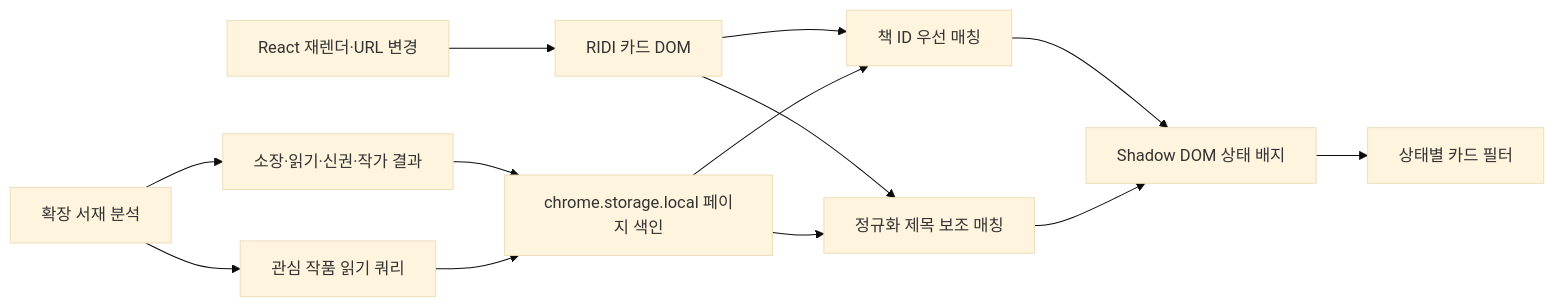
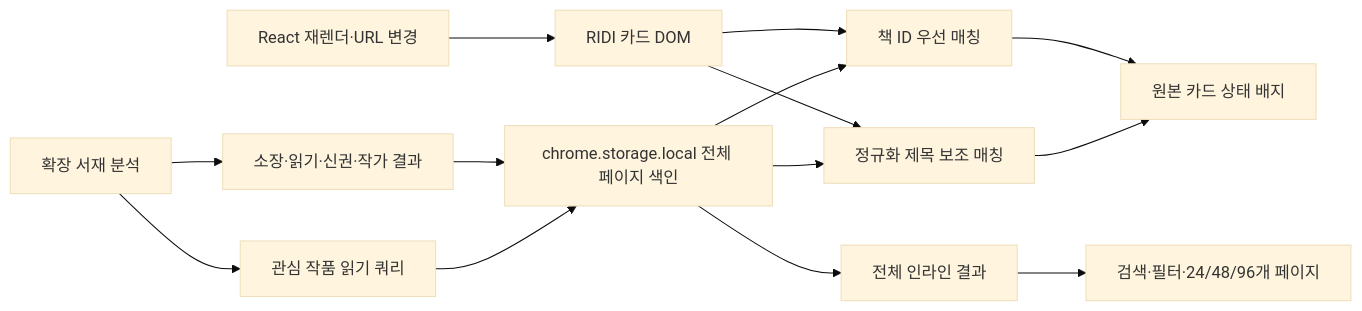
One commit to AnalDev/ridi-driller changed the diagram in docs/ridi-page-enhancer-2026-10-24.md. Above: the diagram before and after it, drawn with Mermaid (base theme). The commit also changed other lines of this file and 3 other files, not shown here.

````diff
--- a/docs/ridi-page-enhancer-2026-10-24.md
+++ b/docs/ridi-page-enhancer-2026-10-24.md
@@ -49,15 +49,16 @@
 ```mermaid
 flowchart LR
     A[확장 서재 분석] --> B[소장·읽기·신권·작가 결과]
     A --> C[관심 작품 읽기 쿼리]
-    B --> D[chrome.storage.local 페이지 색인]
+    B --> D[chrome.storage.local 전체 페이지 색인]
     C --> D
     E[RIDI 카드 DOM] --> F[책 ID 우선 매칭]
     E --> G[정규화 제목 보조 매칭]
     D --> F
     D --> G
-    F --> H[Shadow DOM 상태 배지]
+    F --> H[원본 카드 상태 배지]
     G --> H
-    H --> I[상태별 카드 필터]
+    D --> I[전체 인라인 결과]
+    I --> K[검색·필터·24/48/96개 페이지]
     J[React 재렌더·URL 변경] --> E
 ```
````
